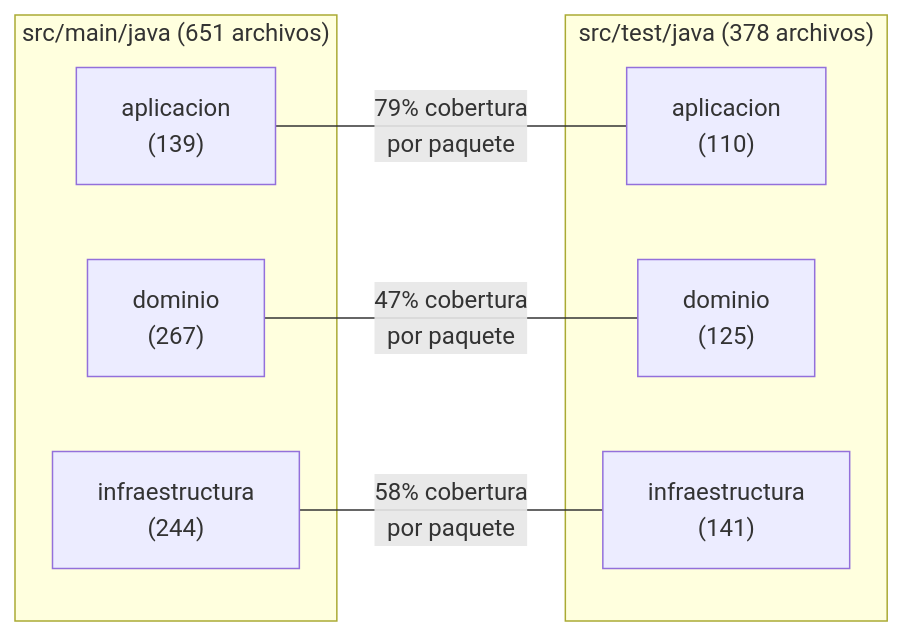
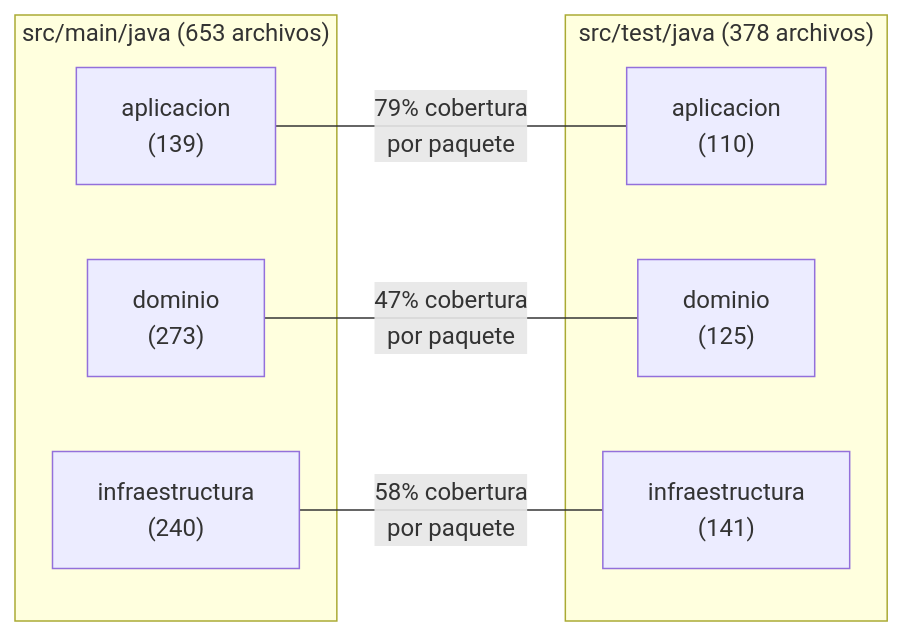
One commit to sibeuco/DocumentacionSibe changed the seventh of 15 diagrams in docs/artifacts/27.diagrama_de_paquetes.md. Above: the diagram before and after it, drawn with Mermaid. The commit also changed other lines of this file and 5 other files, not shown here.

````diff
--- a/docs/artifacts/27.diagrama_de_paquetes.md
+++ b/docs/artifacts/27.diagrama_de_paquetes.md
@@ -575,18 +642,18 @@
 ```mermaid
 graph LR
-    subgraph Producción["src/main/java (651 archivos)"]
+    subgraph Producción["src/main/java (653 archivos)"]
         pApp["aplicacion<br/>(139)"]
-        pDom["dominio<br/>(267)"]
-        pInf["infraestructura<br/>(244)"]
+        pDom["dominio<br/>(273)"]
+        pInf["infraestructura<br/>(240)"]
     end
 
     subgraph Test["src/test/java (378 archivos)"]
         tApp["aplicacion<br/>(110)"]
         tDom["dominio<br/>(125)"]
         tInf["infraestructura<br/>(141)"]
     end
 
     pApp ---|"79% cobertura<br/>por paquete"| tApp
     pDom ---|"47% cobertura<br/>por paquete"| tDom
     pInf ---|"58% cobertura<br/>por paquete"| tInf
 ```
````
